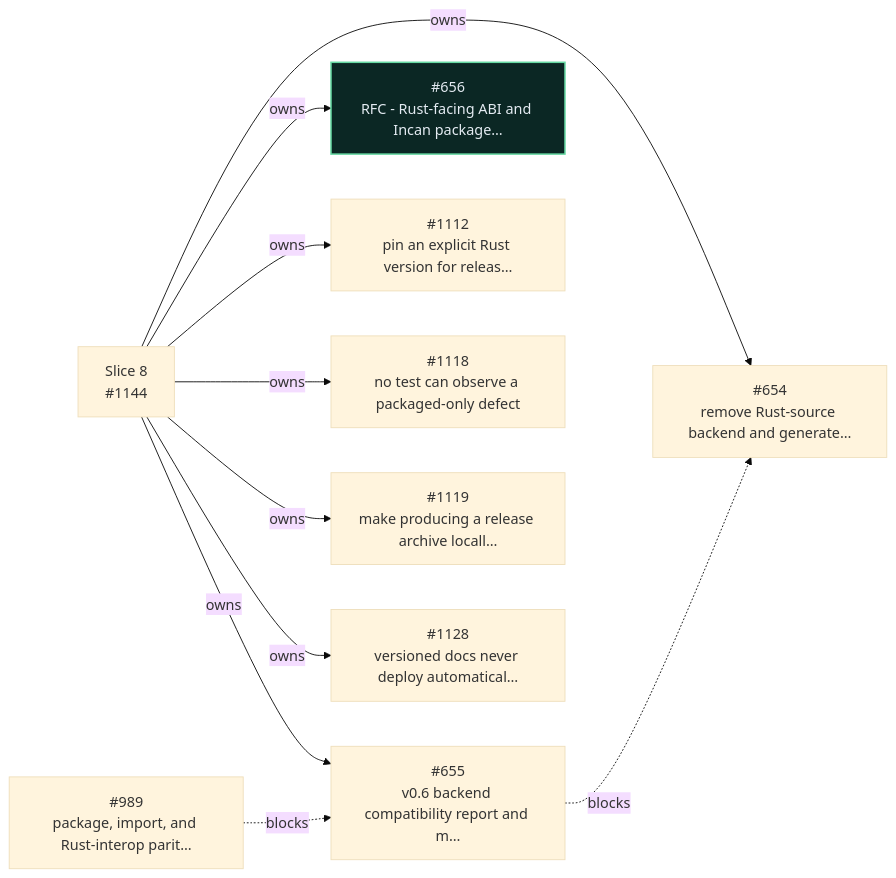
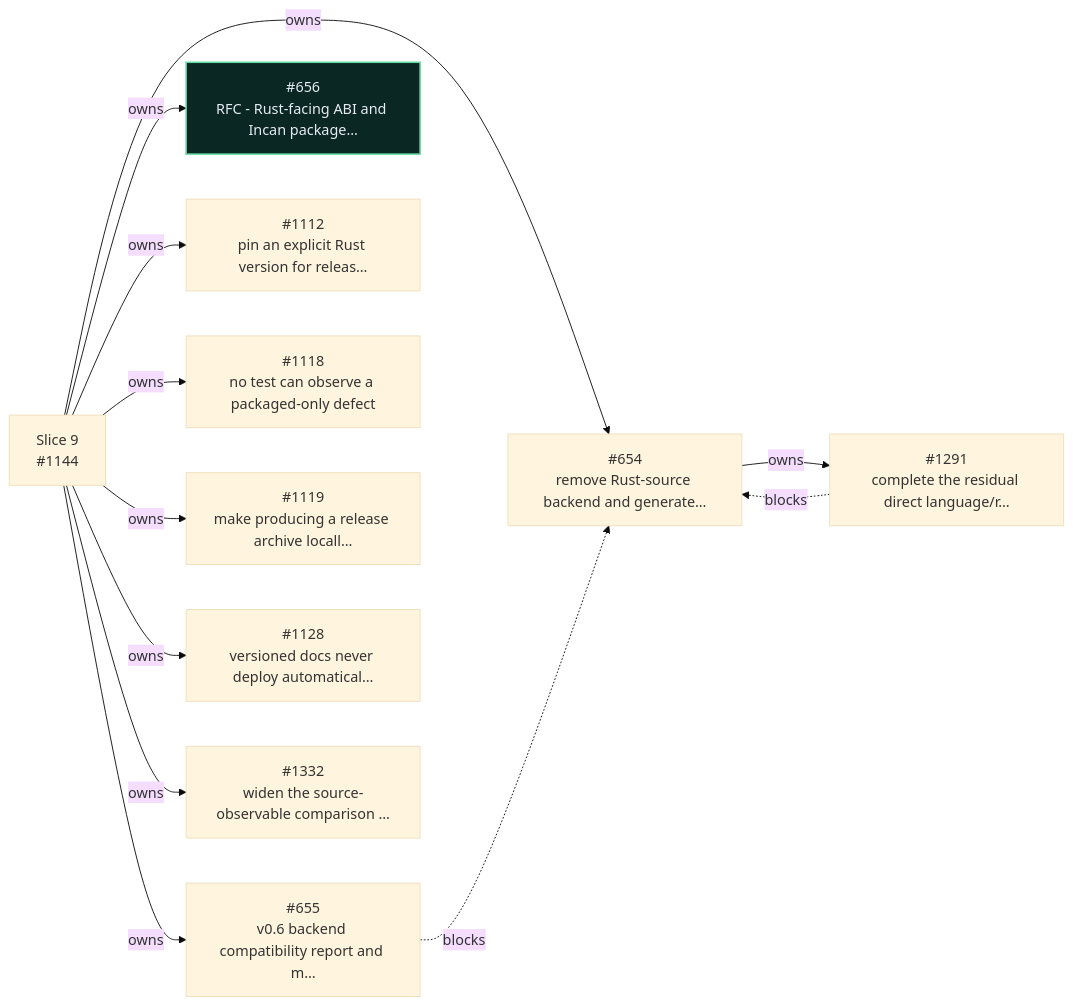
One commit to dannys-code-corner/incan changed the ninth of 9 diagrams in workspaces/docs-site/docs/_snippets/project/v0_6_roadmap.md. Above: the diagram before and after it, drawn with Mermaid (base theme). The commit also changed other lines of this file and 3 other files, not shown here.

````diff
--- a/workspaces/docs-site/docs/_snippets/project/v0_6_roadmap.md
+++ b/workspaces/docs-site/docs/_snippets/project/v0_6_roadmap.md
@@ -514,32 +626,36 @@
 ```mermaid
 flowchart LR
   i654["#654<br/>remove Rust-source backend and generate…"]
   i655["#655<br/>v0.6 backend compatibility report and m…"]
   i656["#656<br/>RFC - Rust-facing ABI and Incan package…"]
-  i989["#989<br/>package, import, and Rust-interop parit…"]
   i1112["#1112<br/>pin an explicit Rust version for releas…"]
   i1118["#1118<br/>no test can observe a packaged-only defect"]
   i1119["#1119<br/>make producing a release archive locall…"]
   i1128["#1128<br/>versioned docs never deploy automatical…"]
-  s1144["Slice 8<br/>#1144"]
+  s1144["Slice 9<br/>#1144"]
+  i1291["#1291<br/>complete the residual direct language/r…"]
+  i1332["#1332<br/>widen the source-observable comparison …"]
   s1144 -- owns --> i654
   s1144 -- owns --> i655
   s1144 -- owns --> i656
   s1144 -- owns --> i1112
   s1144 -- owns --> i1118
   s1144 -- owns --> i1119
   s1144 -- owns --> i1128
+  i654 -- owns --> i1291
+  s1144 -- owns --> i1332
   i655 -. blocks .-> i654
-  i989 -. blocks .-> i655
+  i1291 -. blocks .-> i654
   classDef incv06complete fill:#0b2724,stroke:#66d9a3,color:#e4ebf2,stroke-width:1.7px
   class i656 incv06complete
   click i654 href "https://github.com/encero-systems/incan/issues/654" "Open #654 on GitHub"
   click i655 href "https://github.com/encero-systems/incan/issues/655" "Open #655 on GitHub"
   click i656 href "https://github.com/encero-systems/incan/issues/656" "Open #656 on GitHub"
-  click i989 href "https://github.com/encero-systems/incan/issues/989" "Open #989 on GitHub"
   click i1112 href "https://github.com/encero-systems/incan/issues/1112" "Open #1112 on GitHub"
   click i1118 href "https://github.com/encero-systems/incan/issues/1118" "Open #1118 on GitHub"
   click i1119 href "https://github.com/encero-systems/incan/issues/1119" "Open #1119 on GitHub"
   click i1128 href "https://github.com/encero-systems/incan/issues/1128" "Open #1128 on GitHub"
   click s1144 href "https://github.com/encero-systems/incan/issues/1144" "Open #1144 on GitHub"
+  click i1291 href "https://github.com/encero-systems/incan/issues/1291" "Open #1291 on GitHub"
+  click i1332 href "https://github.com/encero-systems/incan/issues/1332" "Open #1332 on GitHub"
 ```
````
